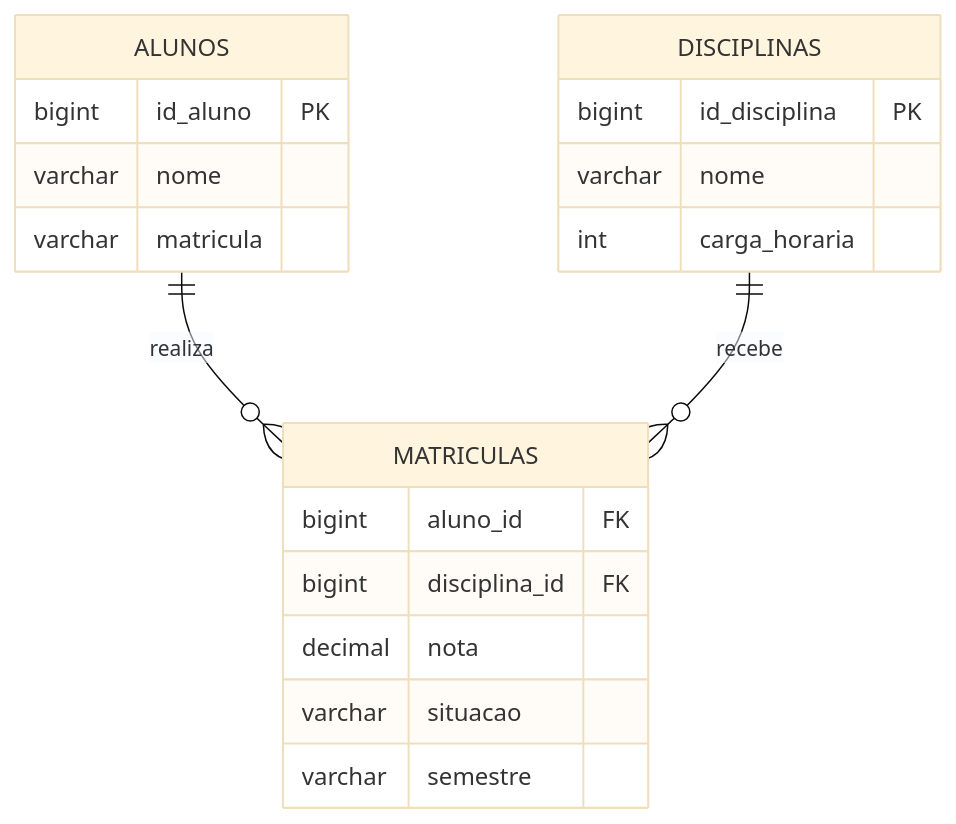
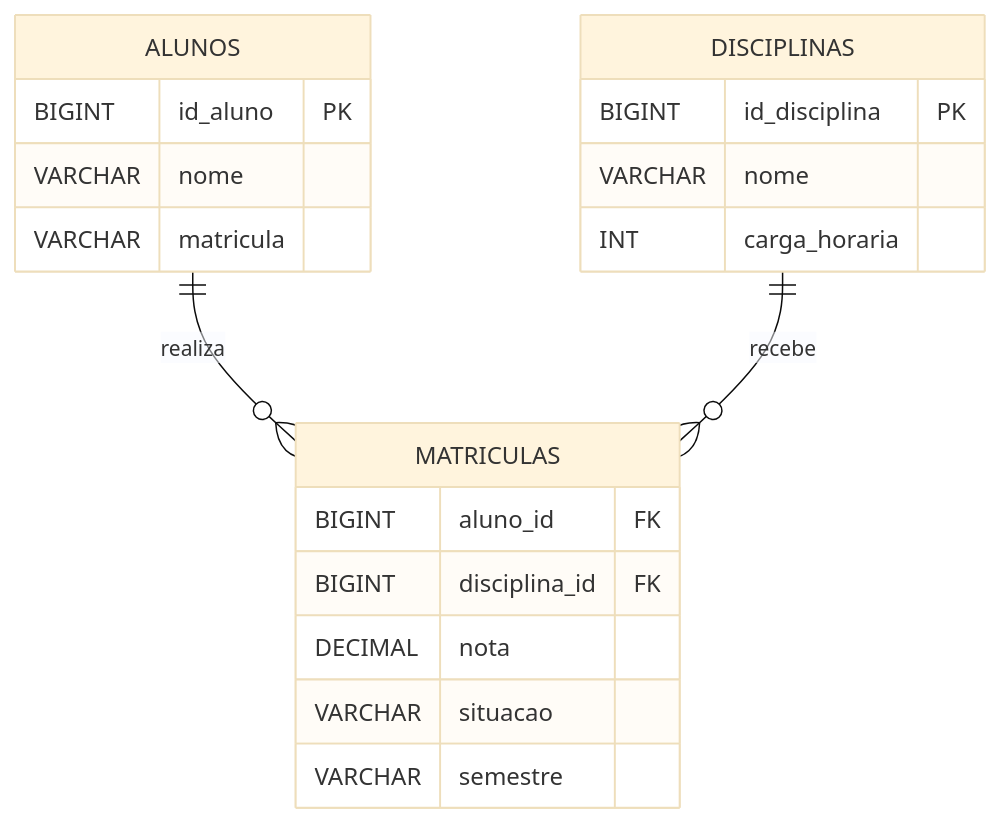
One commit to DSM-Fatec-Jahu/BDR-DSM-2026-2 changed the eighth of 13 diagrams in docs/aulas/Cardinalidade_MER_Completo.md. Above: the diagram before and after it, drawn with Mermaid (base theme). The commit also changed other lines of this file and 2 other files, not shown here.

First line of the commit message:
Padroniza tipos SQL em MAIÚSCULAS nos diagramas (Regra 3)

````diff
--- a/docs/aulas/Cardinalidade_MER_Completo.md
+++ b/docs/aulas/Cardinalidade_MER_Completo.md
@@ -385,25 +385,25 @@
 ```mermaid
 erDiagram
     ALUNOS {
-        bigint id_aluno PK
-        varchar nome
-        varchar matricula
+        BIGINT id_aluno PK
+        VARCHAR nome
+        VARCHAR matricula
     }
 
     DISCIPLINAS {
-        bigint id_disciplina PK
-        varchar nome
-        int carga_horaria
+        BIGINT id_disciplina PK
+        VARCHAR nome
+        INT carga_horaria
     }
 
     MATRICULAS {
-        bigint aluno_id FK
-        bigint disciplina_id FK
-        decimal nota
-        varchar situacao
-        varchar semestre
+        BIGINT aluno_id FK
+        BIGINT disciplina_id FK
+        DECIMAL nota
+        VARCHAR situacao
+        VARCHAR semestre
     }
 
     ALUNOS ||--o{ MATRICULAS : "realiza"
     DISCIPLINAS ||--o{ MATRICULAS : "recebe"
 ```
````
